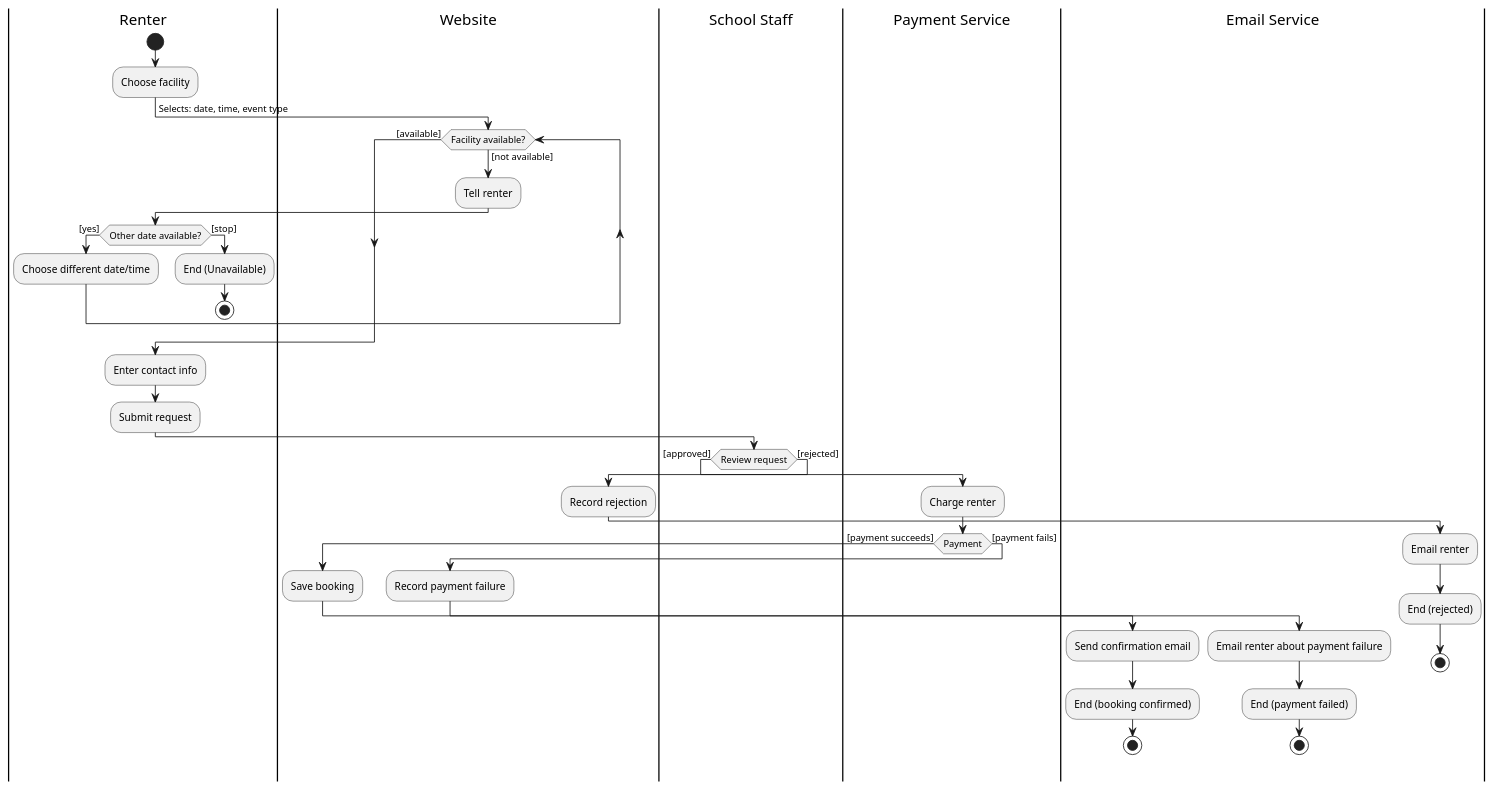
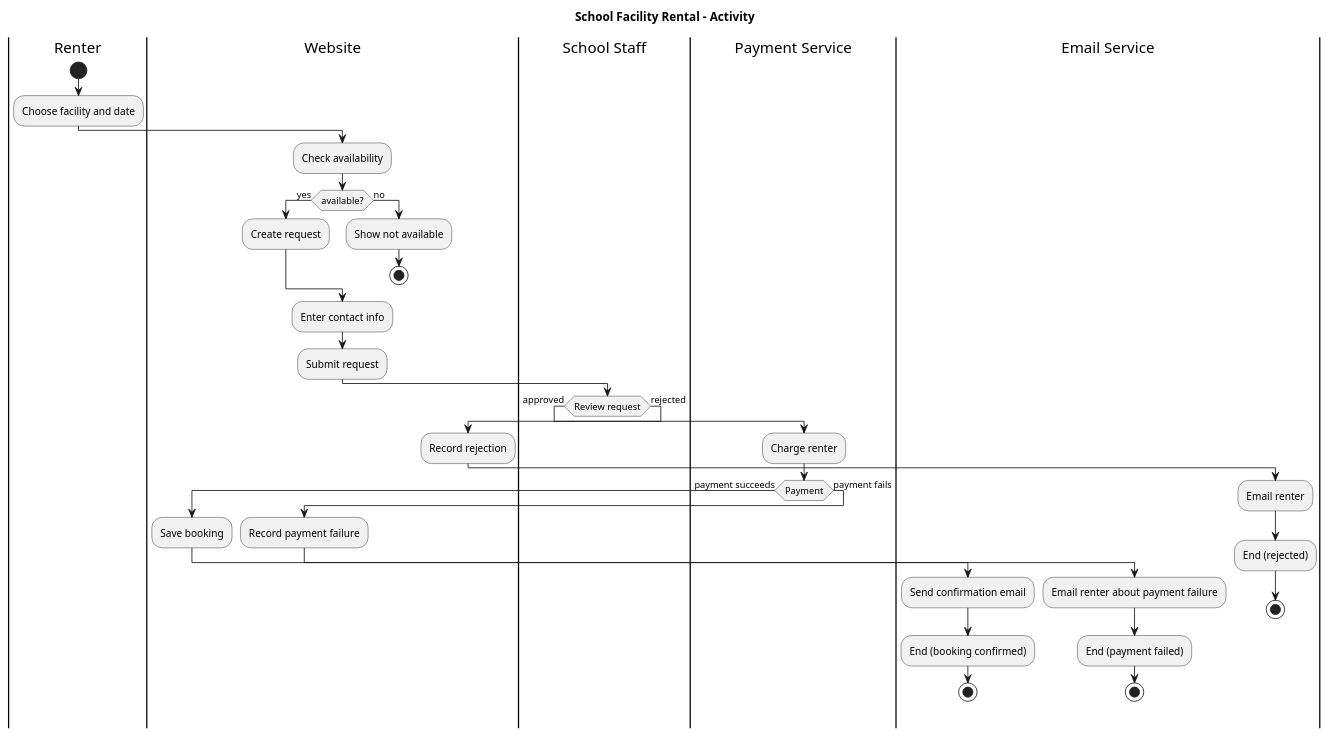
Before and after one commit to jeff-reff/Homework-6: the diagram in src/Task1Activity.puml, drawn with PlantUML. The commit also changed 1 other file, not shown here.

Commit message:
Implement starter code for activity diagram

```diff
--- a/src/Task1Activity.puml
+++ b/src/Task1Activity.puml
@@ -1,52 +1,50 @@
 @startuml
 'https://plantuml.com/activity-diagram-beta
+title School Facility Rental - Activity
 
 |Renter|
 start
-:Choose facility;
--> Selects: date, time, event type;
+:Choose facility and date;
 
 |Website|
-while (Facility available?) is ([not available])
-:Tell renter;
-|Renter|
-if (Other date available?) then ([yes])
-:Choose different date/time;
-else ([stop])
-:End (Unavailable);
+:Check availability;
+if (available?) then (yes)
+:Create request;
+else (no)
+:Show not available;
 stop
 endif
-endwhile ([available])
+
 :Enter contact info;
 :Submit request;
 
 |School Staff|
-if (Review request) then ([approved])
+if (Review request) then (approved)
 |Payment Service|
 :Charge renter;
-if (Payment) then ([payment succeeds])
+if (Payment) then (payment succeeds)
 |Website|
 :Save booking;
 |Email Service|
 :Send confirmation email;
 :End (booking confirmed);
 stop
-else ([payment fails])
+else (payment fails)
 |Website|
 :Record payment failure;
 
 |Email Service|
 :Email renter about payment failure;
 :End (payment failed);
 stop
 endif
-else ([rejected])
+else (rejected)
 |Website|
 :Record rejection;
 |Email Service|
 :Email renter;
 :End (rejected);
 stop
 endif
 
 @enduml
```
